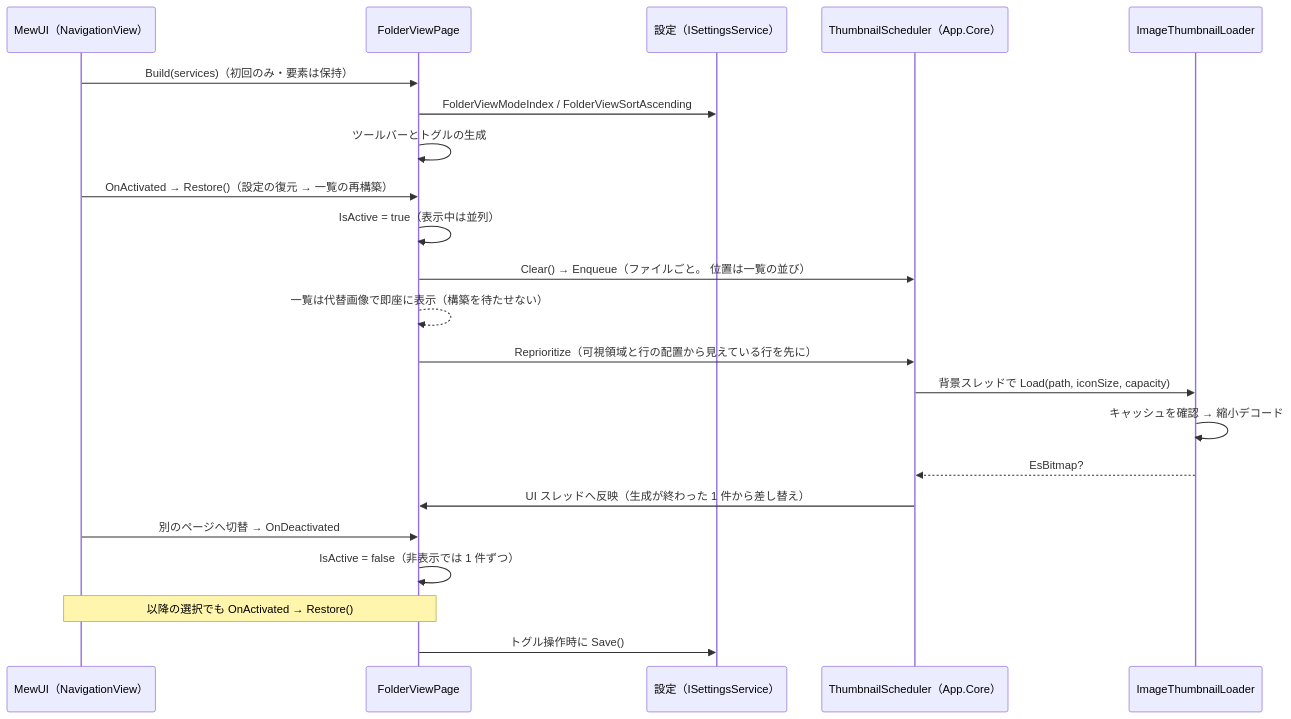
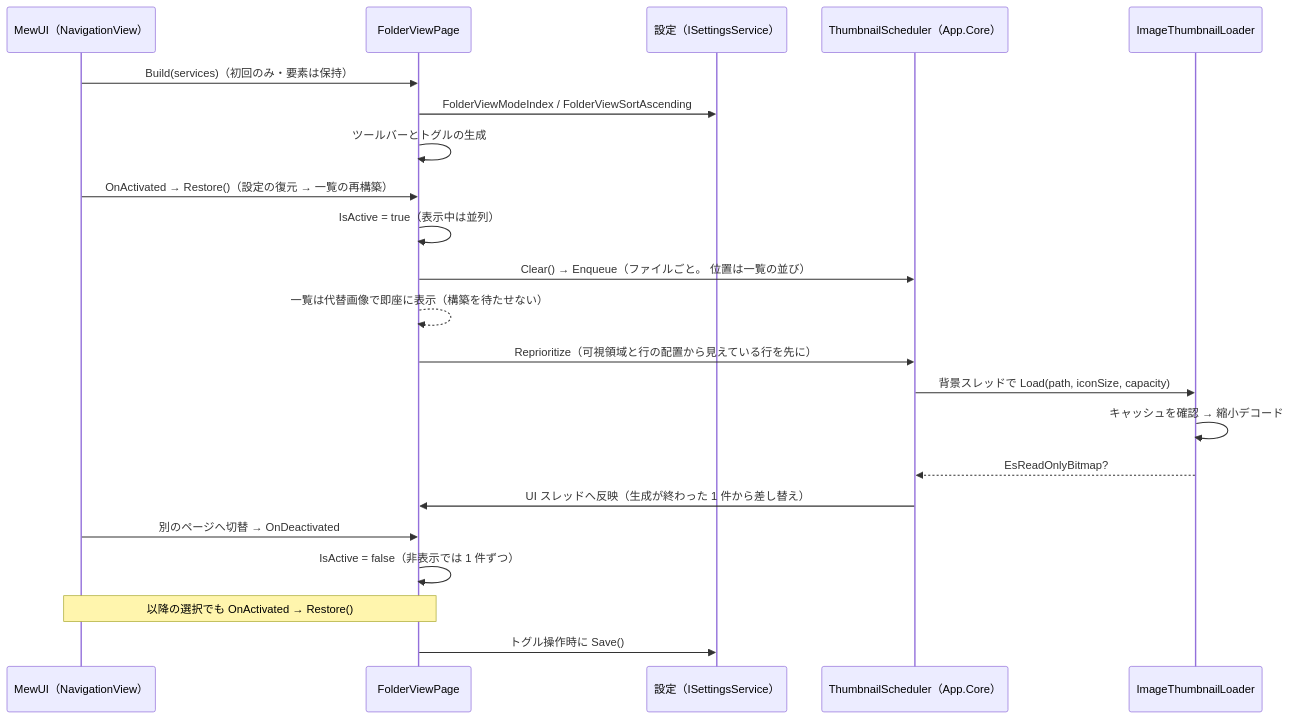
Before and after one commit to tomokuni/SaveEvidence: the fifth of 12 diagrams in src/App.MewUI/docs/SPEC_System.md, drawn with Mermaid. The commit also changed other lines of this file and 21 other files, not shown here.

````diff
--- a/src/App.MewUI/docs/SPEC_System.md
+++ b/src/App.MewUI/docs/SPEC_System.md
@@ -427,25 +427,25 @@
 ```mermaid
 sequenceDiagram
     participant MW as MewUI（NavigationView）
     participant FW as FolderViewPage
     participant ST as 設定（ISettingsService）
     participant TS as ThumbnailScheduler（App.Core）
     participant IL as ImageThumbnailLoader
 
     MW->>FW: Build(services)（初回のみ・要素は保持）
     FW->>ST: FolderViewModeIndex / FolderViewSortAscending
     FW->>FW: ツールバーとトグルの生成
     MW->>FW: OnActivated → Restore()（設定の復元 → 一覧の再構築）
     FW->>FW: IsActive = true（表示中は並列）
     FW->>TS: Clear() → Enqueue（ファイルごと。 位置は一覧の並び）
     FW-->>FW: 一覧は代替画像で即座に表示（構築を待たせない）
     FW->>TS: Reprioritize（可視領域と行の配置から見えている行を先に）
     TS->>IL: 背景スレッドで Load(path, iconSize, capacity)
     IL->>IL: キャッシュを確認 → 縮小デコード
-    IL-->>TS: EsBitmap?
+    IL-->>TS: EsReadOnlyBitmap?
     TS->>FW: UI スレッドへ反映（生成が終わった 1 件から差し替え）
     MW->>FW: 別のページへ切替 → OnDeactivated
     FW->>FW: IsActive = false（非表示では 1 件ずつ）
     Note over MW,FW: 以降の選択でも OnActivated → Restore()
     FW->>ST: トグル操作時に Save()
 ```
````
